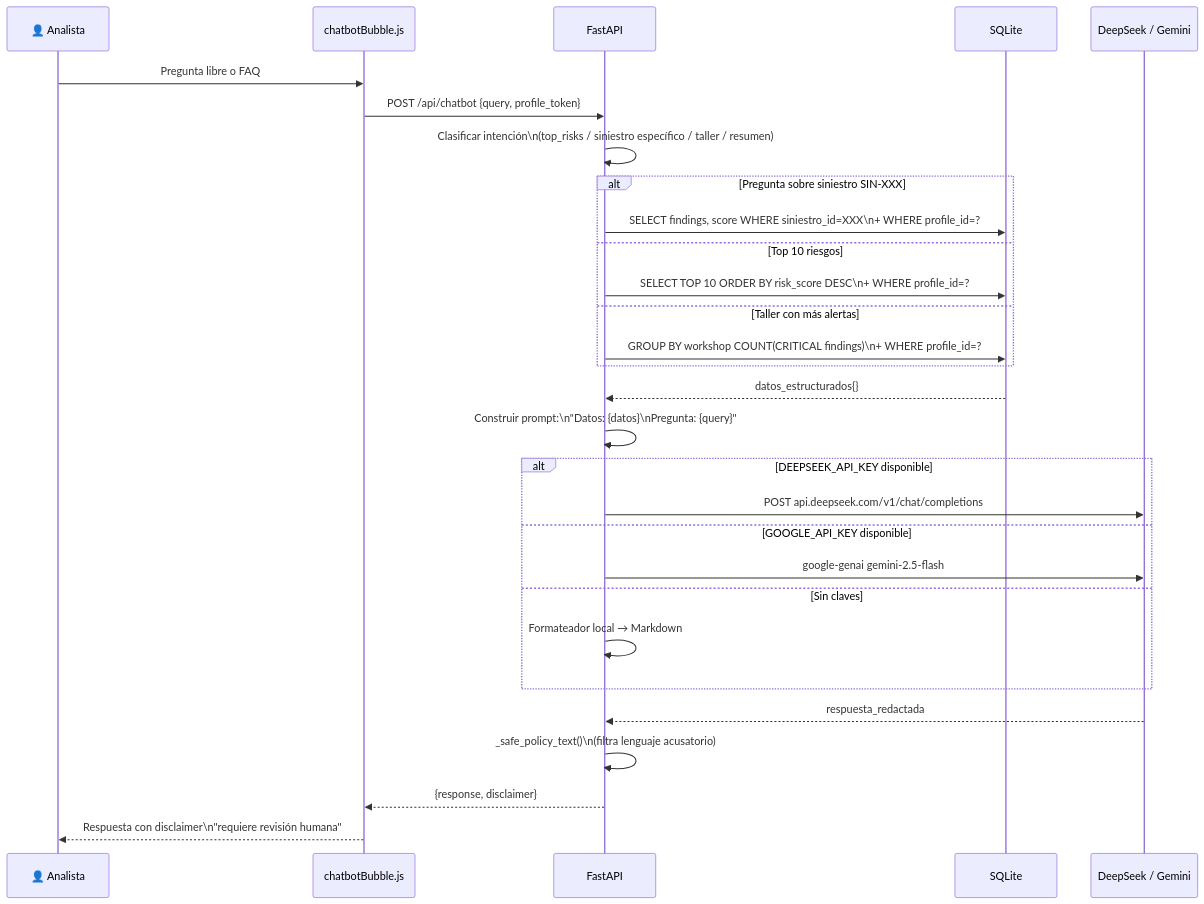
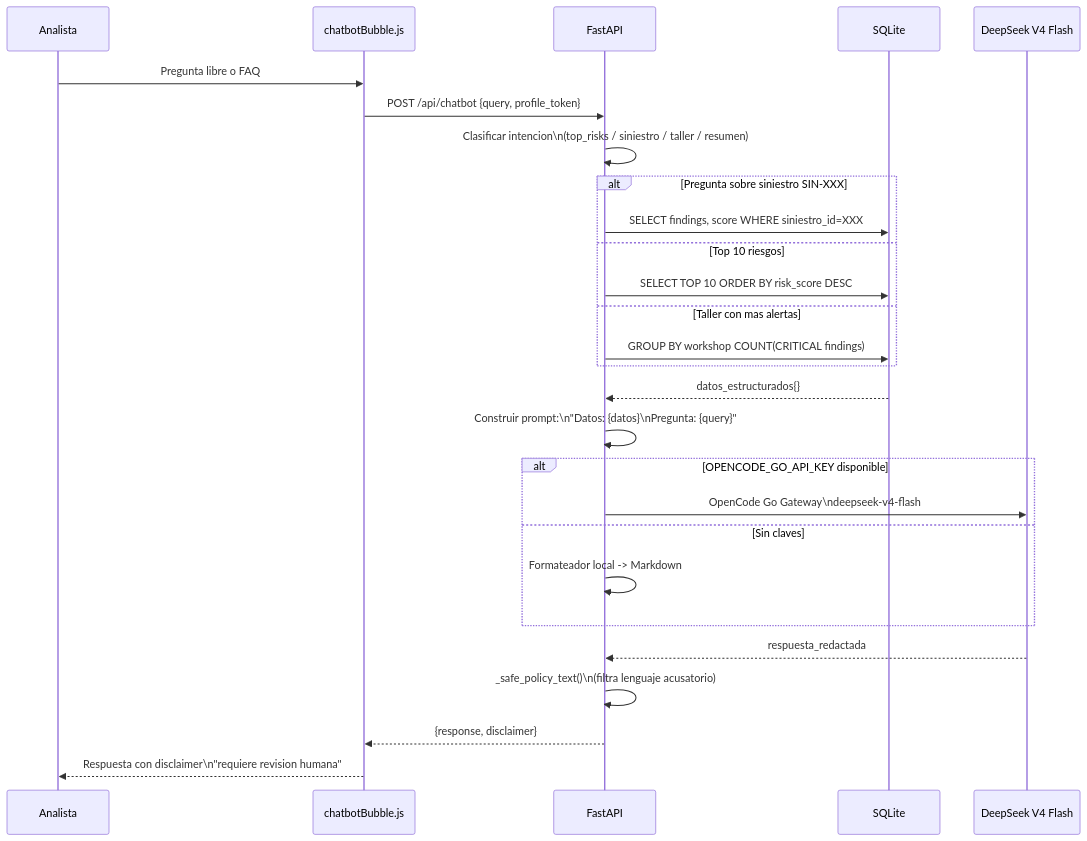
Before and after one commit to yosuSALA/Final-reto: the third of 4 diagrams in docs/diagramas/diagrama_uso_ia.md, drawn with Mermaid. The commit also changed other lines of this file and 46 other files, not shown here.

Commit message:
Demo final: arranque portable, generador manual/auto, auditoria IA DeepSeek, guia paso a paso corregida, docs actualizados

````diff
--- a/docs/diagramas/diagrama_uso_ia.md
+++ b/docs/diagramas/diagrama_uso_ia.md
@@ -66,36 +65,34 @@
 ```mermaid
 sequenceDiagram
-    participant U as 👤 Analista
+    participant U as Analista
     participant BOT as chatbotBubble.js
     participant API as FastAPI
     participant DB as SQLite
-    participant LLM as DeepSeek / Gemini
+    participant LLM as DeepSeek V4 Flash
 
     U->>BOT: Pregunta libre o FAQ
     BOT->>API: POST /api/chatbot {query, profile_token}
-    API->>API: Clasificar intención\n(top_risks / siniestro específico / taller / resumen)
+    API->>API: Clasificar intencion\n(top_risks / siniestro / taller / resumen)
 
     alt Pregunta sobre siniestro SIN-XXX
-        API->>DB: SELECT findings, score WHERE siniestro_id=XXX\n+ WHERE profile_id=?
+        API->>DB: SELECT findings, score WHERE siniestro_id=XXX
     else Top 10 riesgos
-        API->>DB: SELECT TOP 10 ORDER BY risk_score DESC\n+ WHERE profile_id=?
-    else Taller con más alertas
-        API->>DB: GROUP BY workshop COUNT(CRITICAL findings)\n+ WHERE profile_id=?
+        API->>DB: SELECT TOP 10 ORDER BY risk_score DESC
+    else Taller con mas alertas
+        API->>DB: GROUP BY workshop COUNT(CRITICAL findings)
     end
 
     DB-->>API: datos_estructurados{}
     API->>API: Construir prompt:\n"Datos: {datos}\nPregunta: {query}"
 
-    alt DEEPSEEK_API_KEY disponible
-        API->>LLM: POST api.deepseek.com/v1/chat/completions
-    else GOOGLE_API_KEY disponible
-        API->>LLM: google-genai gemini-2.5-flash
+    alt OPENCODE_GO_API_KEY disponible
+        API->>LLM: OpenCode Go Gateway\ndeepseek-v4-flash
     else Sin claves
-        API->>API: Formateador local → Markdown
+        API->>API: Formateador local -> Markdown
     end
 
     LLM-->>API: respuesta_redactada
     API->>API: _safe_policy_text()\n(filtra lenguaje acusatorio)
     API-->>BOT: {response, disclaimer}
-    BOT-->>U: Respuesta con disclaimer\n"requiere revisión humana"
+    BOT-->>U: Respuesta con disclaimer\n"requiere revision humana"
 ```
````
